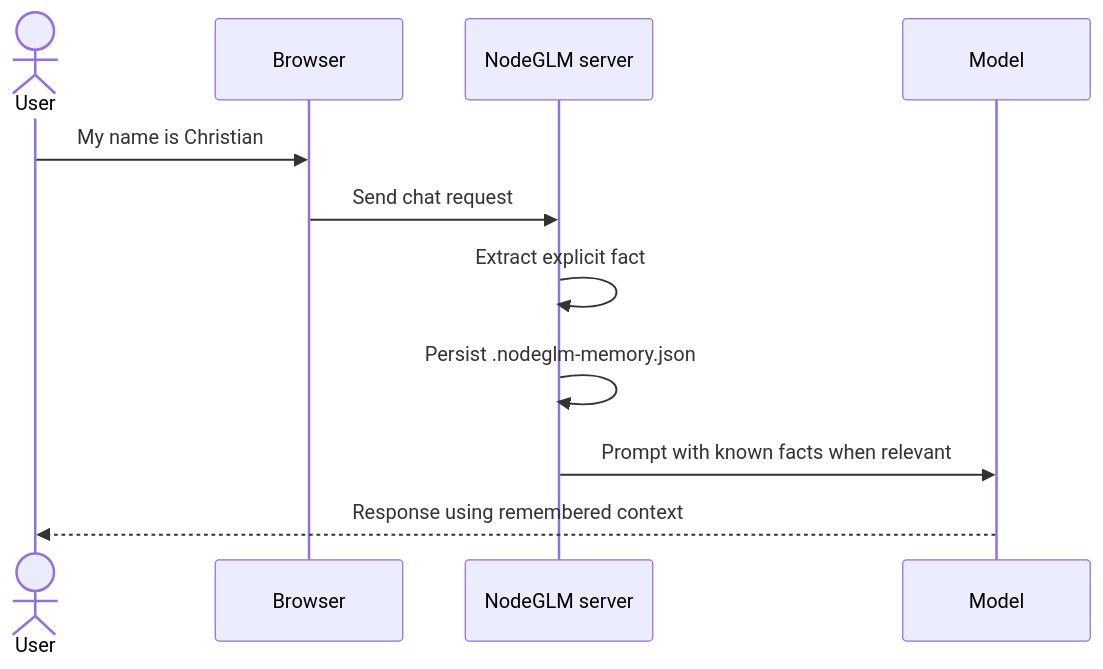
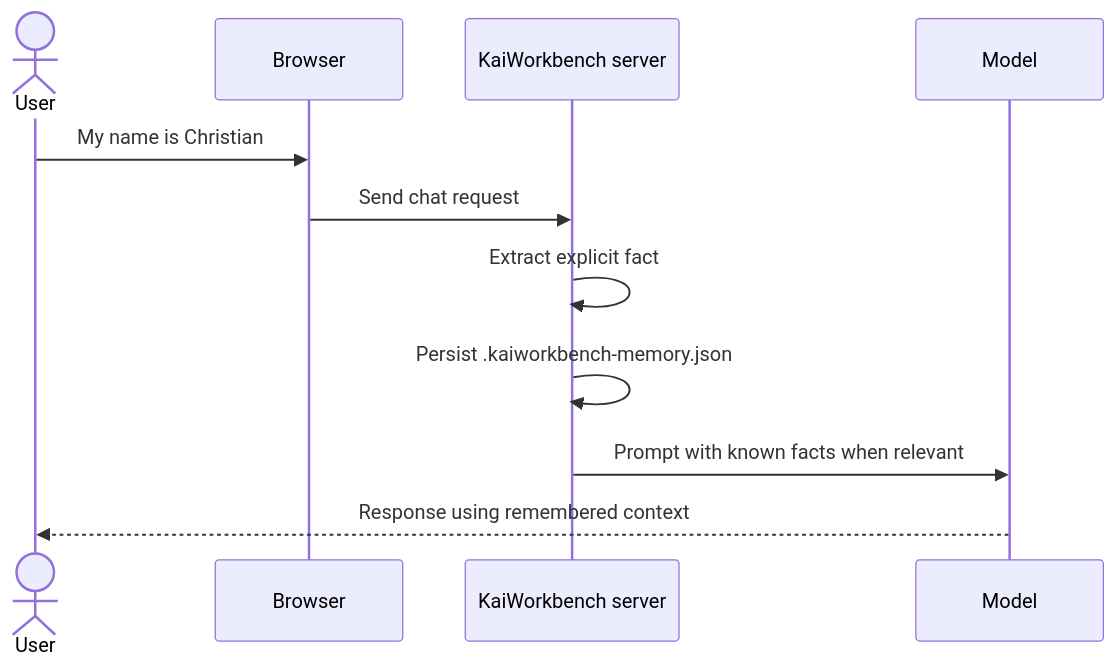
Before and after one commit to cschladetsch/NodeGLM-5: the second of 2 diagrams in Post.md, drawn with Mermaid. The commit also changed other lines of this file and 17 other files, not shown here.

Commit message:
Rename app to KaiWorkbench

````diff
--- a/Post.md
+++ b/Post.md
@@ -59,14 +59,14 @@
 ```mermaid
 sequenceDiagram
     actor User
     participant UI as Browser
-    participant API as NodeGLM server
+    participant API as KaiWorkbench server
     participant LLM as Model
 
     User->>UI: My name is Christian
     UI->>API: Send chat request
     API->>API: Extract explicit fact
-    API->>API: Persist .nodeglm-memory.json
+    API->>API: Persist .kaiworkbench-memory.json
     API->>LLM: Prompt with known facts when relevant
     LLM-->>User: Response using remembered context
 ```
````
